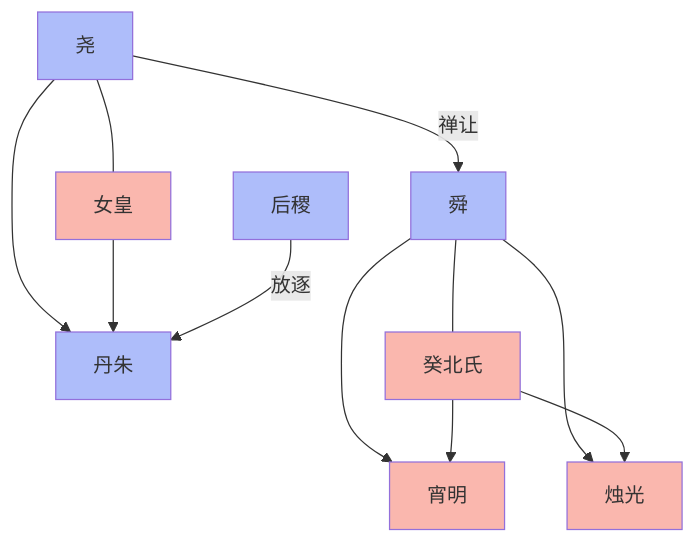
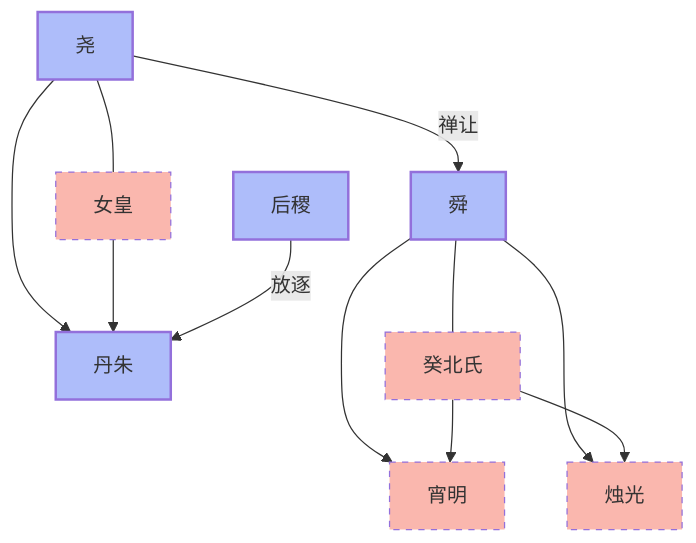
Before and after one commit to gamefang/gamefang.github.io: the second of 5 diagrams in _posts/study/2019-7-15-竹书纪年.md, drawn with Mermaid. The commit also changed other lines of this file, not shown here.

Commit message:
优化mermaid

````diff
--- a/_posts/study/2019-7-15-竹书纪年.md
+++ b/_posts/study/2019-7-15-竹书纪年.md
@@ -46,23 +42,19 @@
 ```mermaid
 graph TB
-
-style 尧 fill:#AEBDFA
-style 女皇 fill:#FAB7AE
-style 丹朱 fill:#AEBDFA
-style 后稷 fill:#AEBDFA
-style 舜 fill:#AEBDFA
-style 癸北氏 fill:#FAB7AE
-style 宵明 fill:#FAB7AE
-style 烛光 fill:#FAB7AE
 
 尧---女皇
 尧-->丹朱
 女皇-->丹朱
 后稷--放逐-->丹朱
 尧--禅让-->舜
 舜---癸北氏
 舜-->宵明
 癸北氏-->宵明
 舜-->烛光
 癸北氏-->烛光
+
+classDef male fill:#AEBDFA,stroke-width:2px
+classDef female fill:#FAB7AE,stroke-dasharray:5,5
+class 尧,丹朱,后稷,舜 male
+class 女皇,癸北氏,宵明,烛光 female
 ```
````
